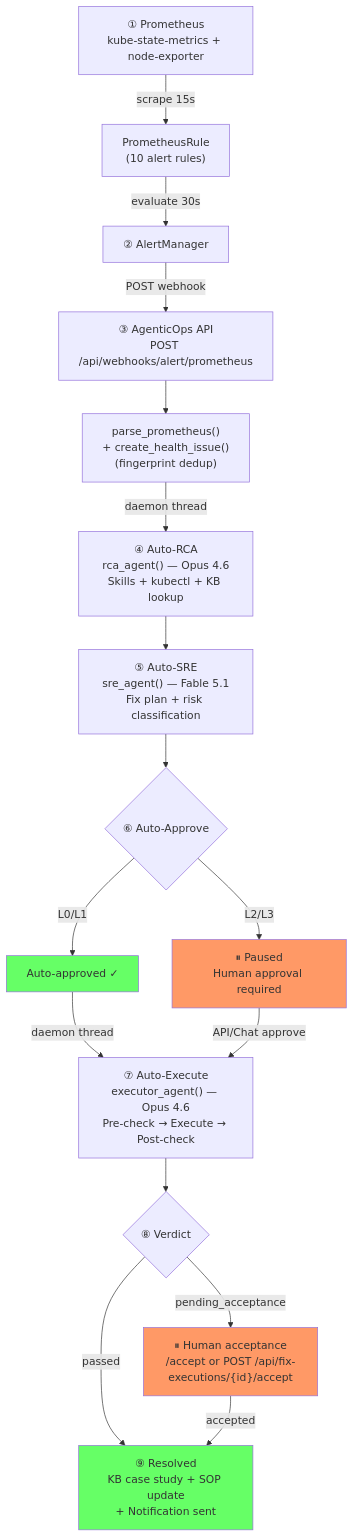
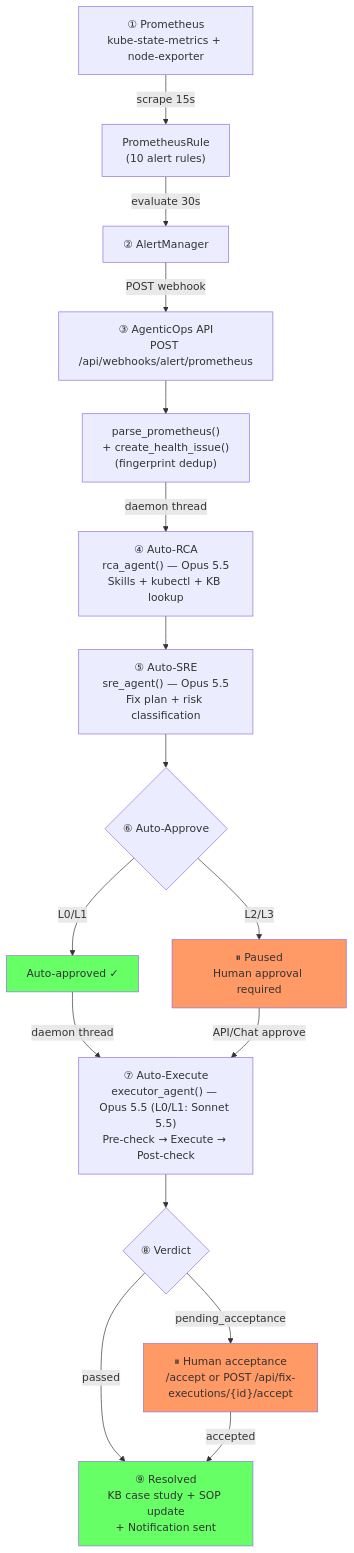
One commit to LiboMa/agenticops-chat changed the eighth of 21 diagrams in docs/WORKFLOW.md. Above: the diagram before and after it, drawn with Mermaid. The commit also changed other lines of this file and 6 other files, not shown here.

````diff
--- a/docs/WORKFLOW.md
+++ b/docs/WORKFLOW.md
@@ -364,30 +364,30 @@
 ```mermaid
 flowchart TD
     PROM["① Prometheus<br/>kube-state-metrics + node-exporter"] -->|scrape 15s| RULES["PrometheusRule<br/>(10 alert rules)"]
     RULES -->|evaluate 30s| AM["② AlertManager"]
     AM -->|POST webhook| WH["③ AgenticOps API<br/>POST /api/webhooks/alert/prometheus"]
 
     WH --> PARSE["parse_prometheus()<br/>+ create_health_issue()<br/>(fingerprint dedup)"]
 
-    PARSE -->|daemon thread| RCA["④ Auto-RCA<br/>rca_agent() — Opus 4.6<br/>Skills + kubectl + KB lookup"]
+    PARSE -->|daemon thread| RCA["④ Auto-RCA<br/>rca_agent() — Opus 5.5<br/>Skills + kubectl + KB lookup"]
 
-    RCA --> SRE["⑤ Auto-SRE<br/>sre_agent() — Fable 5.1<br/>Fix plan + risk classification"]
+    RCA --> SRE["⑤ Auto-SRE<br/>sre_agent() — Opus 5.5<br/>Fix plan + risk classification"]
 
     SRE --> APPROVE{"⑥ Auto-Approve"}
     APPROVE -->|L0/L1| AUTO["Auto-approved ✓"]
     APPROVE -->|L2/L3| HUMAN["⏸ Paused<br/>Human approval required"]
 
-    AUTO -->|daemon thread| EXEC["⑦ Auto-Execute<br/>executor_agent() — Opus 4.6<br/>Pre-check → Execute → Post-check"]
+    AUTO -->|daemon thread| EXEC["⑦ Auto-Execute<br/>executor_agent() — Opus 5.5 (L0/L1: Sonnet 5.5)<br/>Pre-check → Execute → Post-check"]
 
     HUMAN -->|API/Chat approve| EXEC
 
     EXEC --> VERIFYV{"⑧ Verdict"}
     VERIFYV -->|passed| RESOLVE["⑨ Resolved<br/>KB case study + SOP update<br/>+ Notification sent"]
     VERIFYV -->|pending_acceptance| HACCEPT["⏸ Human acceptance<br/>/accept or POST /api/fix-executions/{id}/accept"]
     HACCEPT -->|accepted| RESOLVE
 
     style AUTO fill:#6f6
     style HUMAN fill:#f96
     style HACCEPT fill:#f96
     style RESOLVE fill:#6f6
 ```
````
